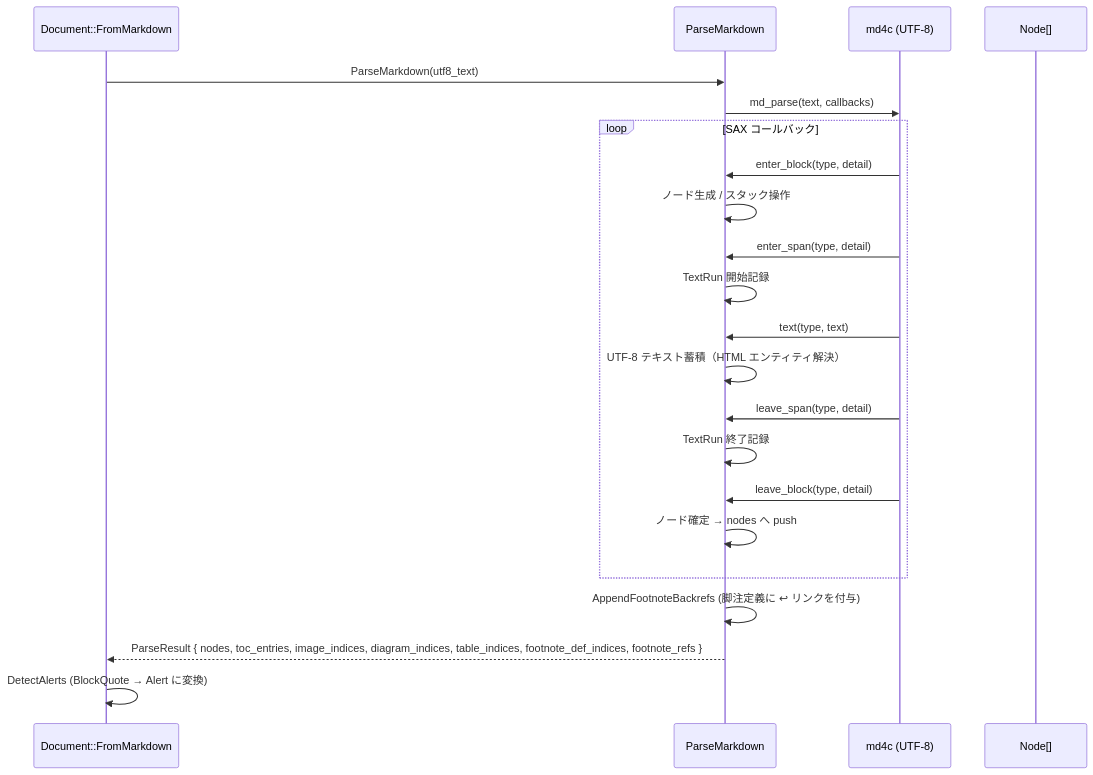
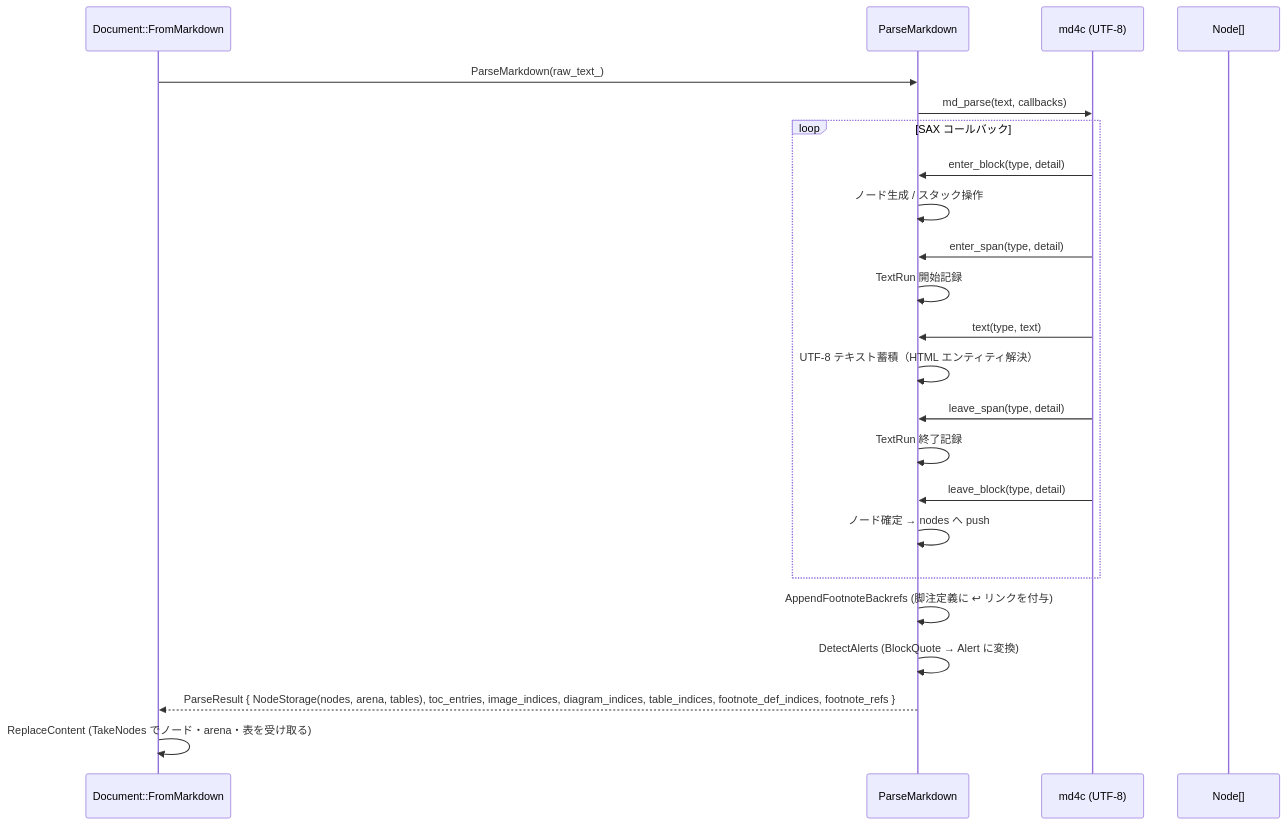
Before and after one commit to tanaton/mendo: the sixth of 27 diagrams in example/test.md, drawn with Mermaid. The commit also changed other lines of this file and 2 other files, not shown here.

````diff
--- a/example/test.md
+++ b/example/test.md
@@ -778,25 +790,26 @@
 ```mermaid
 sequenceDiagram
     participant DOC as Document::FromMarkdown
     participant P as ParseMarkdown
     participant MD as md4c (UTF-8)
     participant N as Node[]
 
-    DOC->>P: ParseMarkdown(utf8_text)
+    DOC->>P: ParseMarkdown(raw_text_)
     P->>MD: md_parse(text, callbacks)
     loop SAX コールバック
         MD->>P: enter_block(type, detail)
         P->>P: ノード生成 / スタック操作
         MD->>P: enter_span(type, detail)
         P->>P: TextRun 開始記録
         MD->>P: text(type, text)
         P->>P: UTF-8 テキスト蓄積（HTML エンティティ解決）
         MD->>P: leave_span(type, detail)
         P->>P: TextRun 終了記録
         MD->>P: leave_block(type, detail)
         P->>P: ノード確定 → nodes へ push
     end
     P->>P: AppendFootnoteBackrefs (脚注定義に ↩ リンクを付与)
-    P-->>DOC: ParseResult { nodes, toc_entries, image_indices, diagram_indices, table_indices, footnote_def_indices, footnote_refs }
-    DOC->>DOC: DetectAlerts (BlockQuote → Alert に変換)
+    P->>P: DetectAlerts (BlockQuote → Alert に変換)
+    P-->>DOC: ParseResult { NodeStorage(nodes, arena, tables), toc_entries, image_indices, diagram_indices, table_indices, footnote_def_indices, footnote_refs }
+    DOC->>DOC: ReplaceContent (TakeNodes でノード・arena・表を受け取る)
 ```
````
